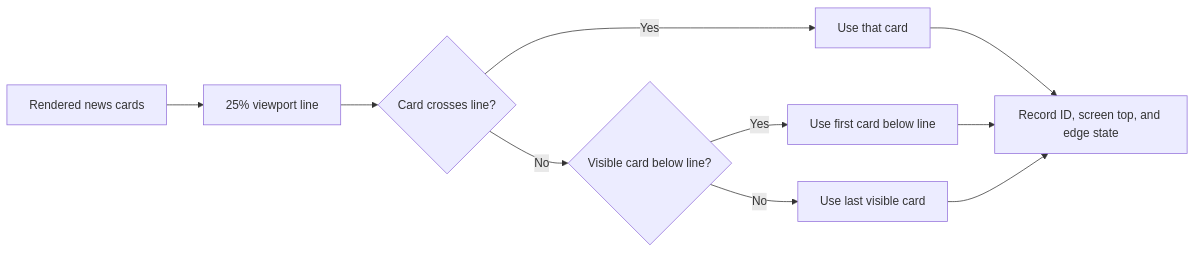
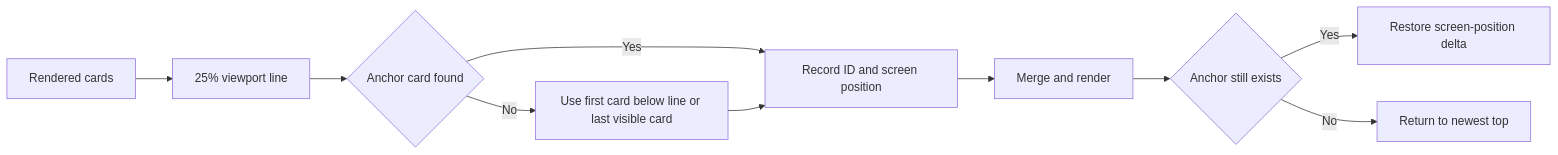
Before and after one commit to virtuecho/sina7x24: the sixth of 6 diagrams in ARCHITECTURE.md, drawn with Mermaid. The commit also changed other lines of this file and 2 other files, not shown here.

````diff
--- a/ARCHITECTURE.md
+++ b/ARCHITECTURE.md
@@ -220,12 +213,12 @@
 ```mermaid
 flowchart LR
-  A["Rendered news cards"] --> B["25% viewport line"]
-  B --> C{"Card crosses line?"}
-  C -->|"Yes"| D["Use that card"]
-  C -->|"No"| E{"Visible card below line?"}
-  E -->|"Yes"| F["Use first card below line"]
-  E -->|"No"| G["Use last visible card"]
-  D --> H["Record ID, screen top, and edge state"]
-  F --> H
-  G --> H
+  A["Rendered cards"] --> B["25% viewport line"]
+  B --> C{"Anchor card found"}
+  C -->|Yes| D["Record ID and screen position"]
+  C -->|No| E["Use first card below line or last visible card"]
+  E --> D
+  D --> F["Merge and render"]
+  F --> G{"Anchor still exists"}
+  G -->|Yes| H["Restore screen-position delta"]
+  G -->|No| I["Return to newest top"]
 ```
````
